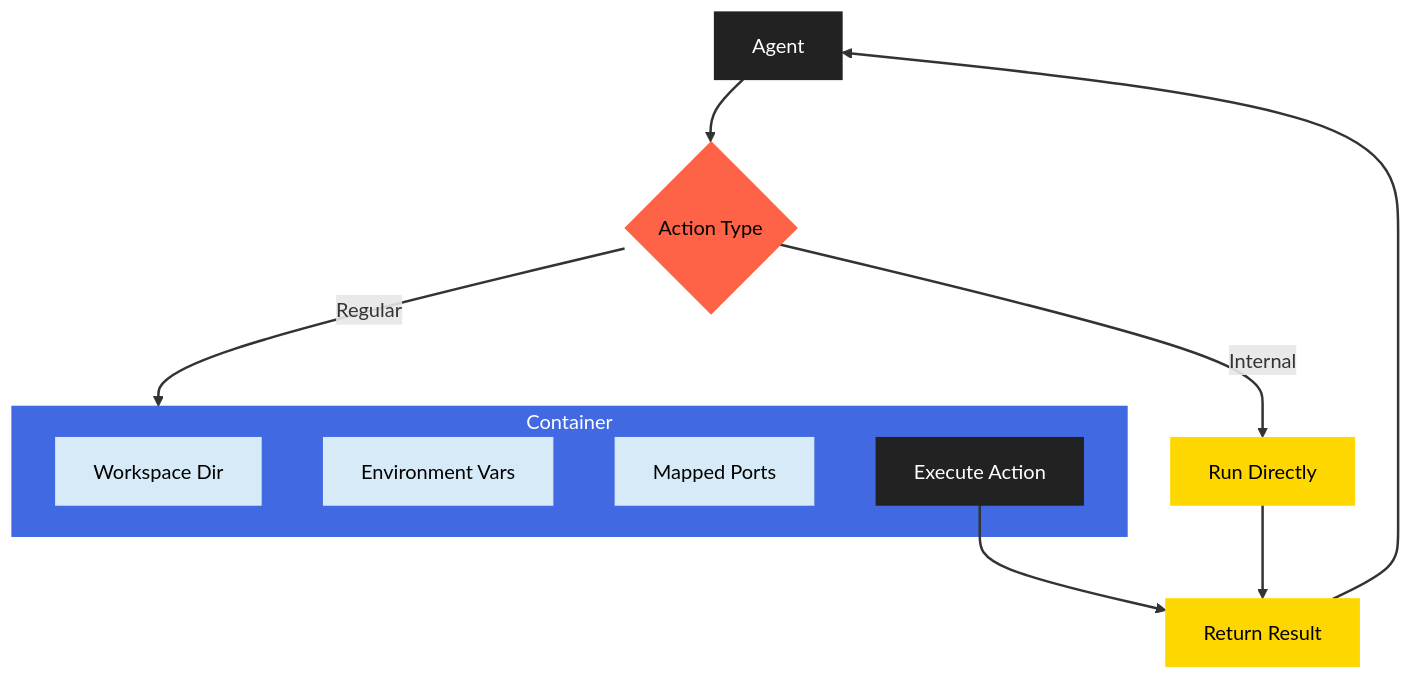
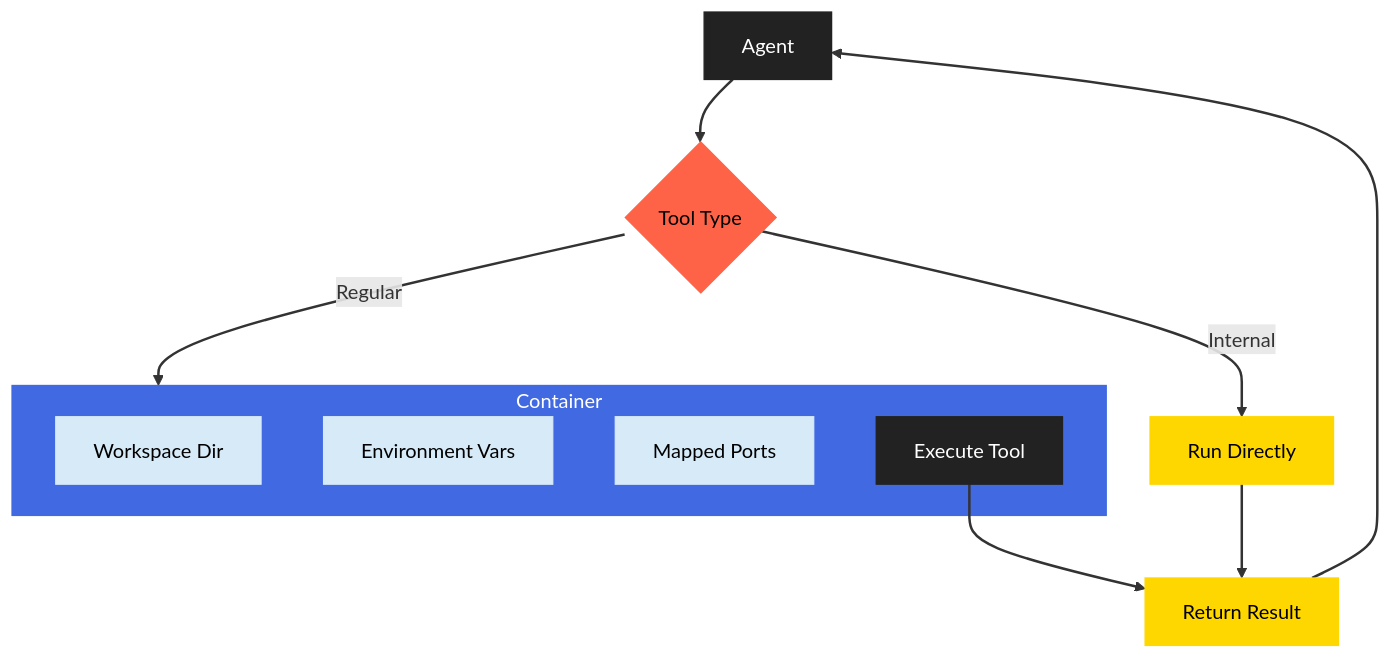
One commit to genbase-project/genbase changed the diagram in docs/content/docs/concepts/actions-execution.mdx. Above: the diagram before and after it, drawn with Mermaid. The commit also changed other lines of this file and 55 other files, not shown here.

Commit message:
rename action to tool

````diff
--- a/docs/content/docs/concepts/actions-execution.mdx
+++ b/docs/content/docs/concepts/actions-execution.mdx
@@ -41,29 +41,29 @@
 ```mermaid
 graph TD
-    A[Agent] --> B{Action Type}
+    A[Agent] --> B{Tool Type}
     B -->|Internal| C[Run Directly]
     
     subgraph Container[Container]
         D[Workspace Dir]
         E[Environment Vars]
         F[Mapped Ports]
-        G[Execute Action]
+        G[Execute Tool]
     end
     
     B -->|Regular| Container
     G --> H[Return Result]
     C --> H
     H --> A
     
     style A fill:#222222,stroke:#222222,color:#ffffff
     style B fill:#FF6347,stroke:#FF6347,color:#000000
     style C fill:#FFD700,stroke:#FFD700,color:#000000
     style Container fill:#4169E1,stroke:#4169E1,color:#ffffff
     style D fill:#D6EAF8,stroke:#D6EAF8,color:#000000
     style E fill:#D6EAF8,stroke:#D6EAF8,color:#000000
     style F fill:#D6EAF8,stroke:#D6EAF8,color:#000000
     style G fill:#222222,stroke:#222222,color:#ffffff
     style H fill:#FFD700,stroke:#FFD700,color:#000000
     
     linkStyle default stroke:#333,stroke-width:2px
 ```
````
